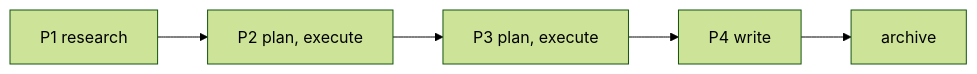
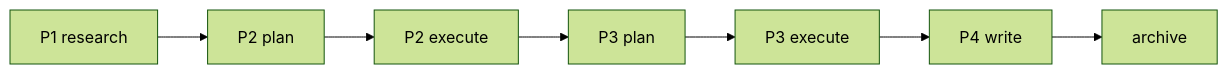
Before and after one commit to sly2j/claude-supervisor: the second of 3 diagrams in README.md, drawn with Mermaid (forest theme). The commit also changed other lines of this file and 8 other files, not shown here.

````diff
--- a/README.md
+++ b/README.md
@@ -70,4 +94,4 @@
 ```mermaid
 flowchart LR
-  P1[P1 research] --> P2[P2 plan, execute] --> P3[P3 plan, execute] --> P4[P4 write] --> A[archive]
+  A1[P1 research] --> A2[P2 plan] --> A3[P2 execute] --> A4[P3 plan] --> A5[P3 execute] --> A6[P4 write] --> A[archive]
 ```
````
